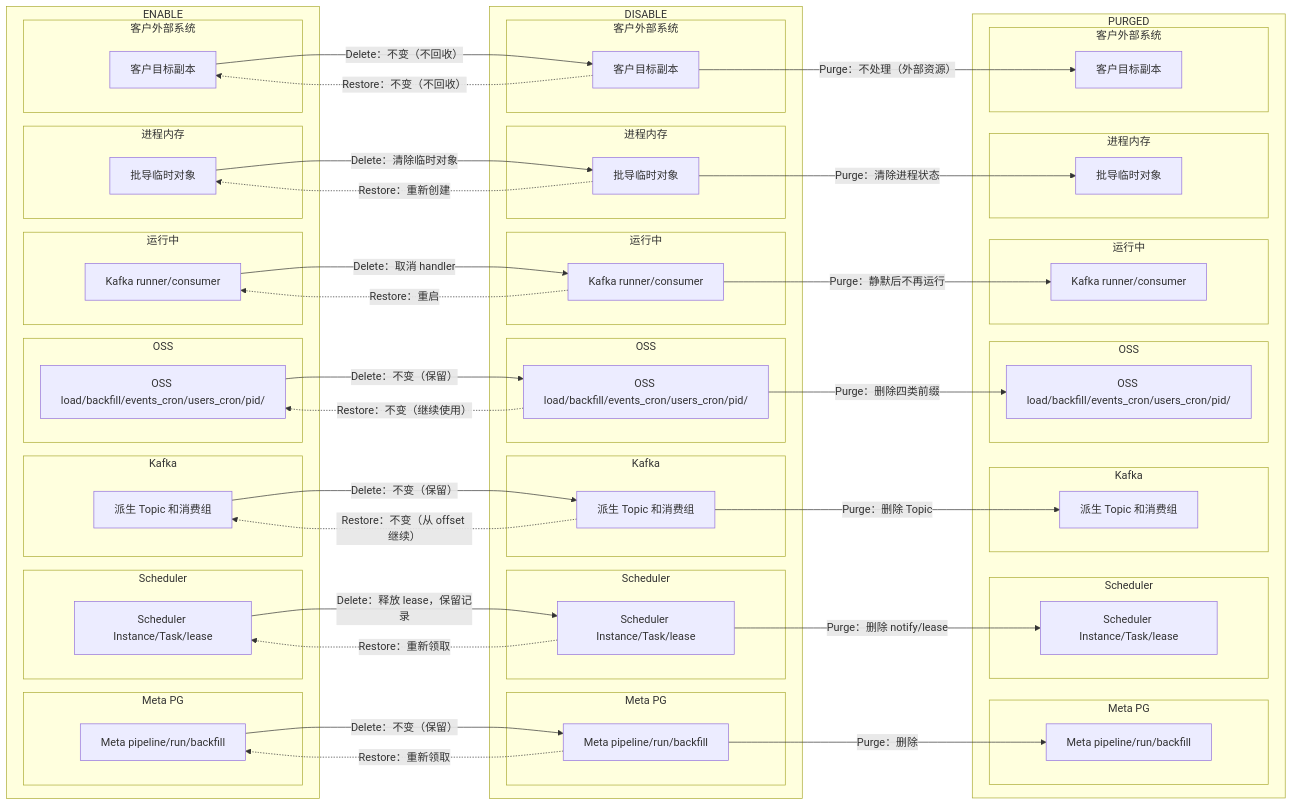
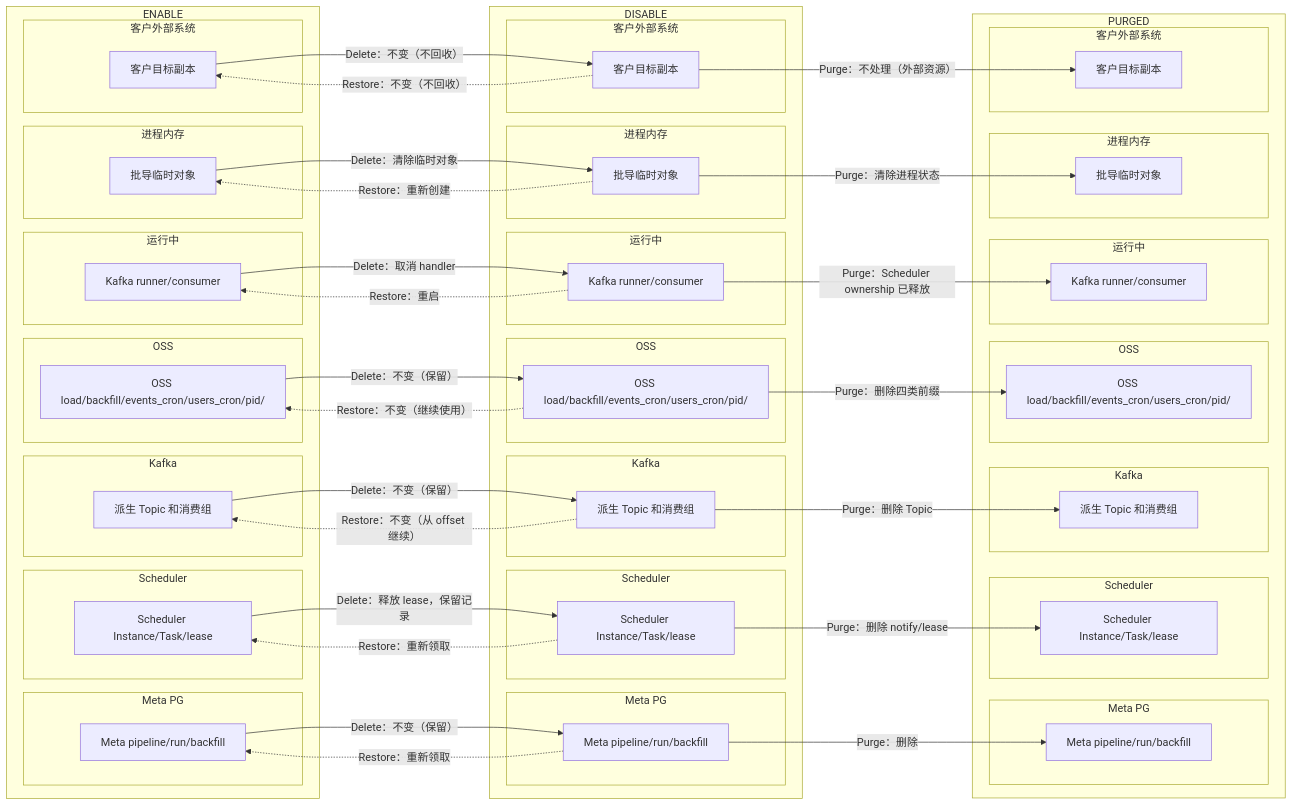
Diagram 19 of 22 in specs/20260716-Wave-Refac-OrganizationProjectLifecycle/04-detail.md (qinwenshiCH/workflow), drawn with Mermaid before and after one commit. The commit also changed other lines of this file and 3 other files, not shown here.

````diff
--- a/specs/20260716-Wave-Refac-OrganizationProjectLifecycle/04-detail.md
+++ b/specs/20260716-Wave-Refac-OrganizationProjectLifecycle/04-detail.md
@@ -1444,7 +1452,7 @@
     DJob -->|Purge：删除 notify/lease| PJob
     DTopic -->|Purge：删除 Topic| PTopic
     DOS -->|Purge：删除四类前缀| POS
-    DRunner -->|Purge：静默后不再运行| PRunner
+    DRunner -->|Purge：Scheduler ownership 已释放| PRunner
     DTemp -->|Purge：清除进程状态| PTemp
     DCustomer -->|Purge：不处理（外部资源）| PCustomer
 ```
````
